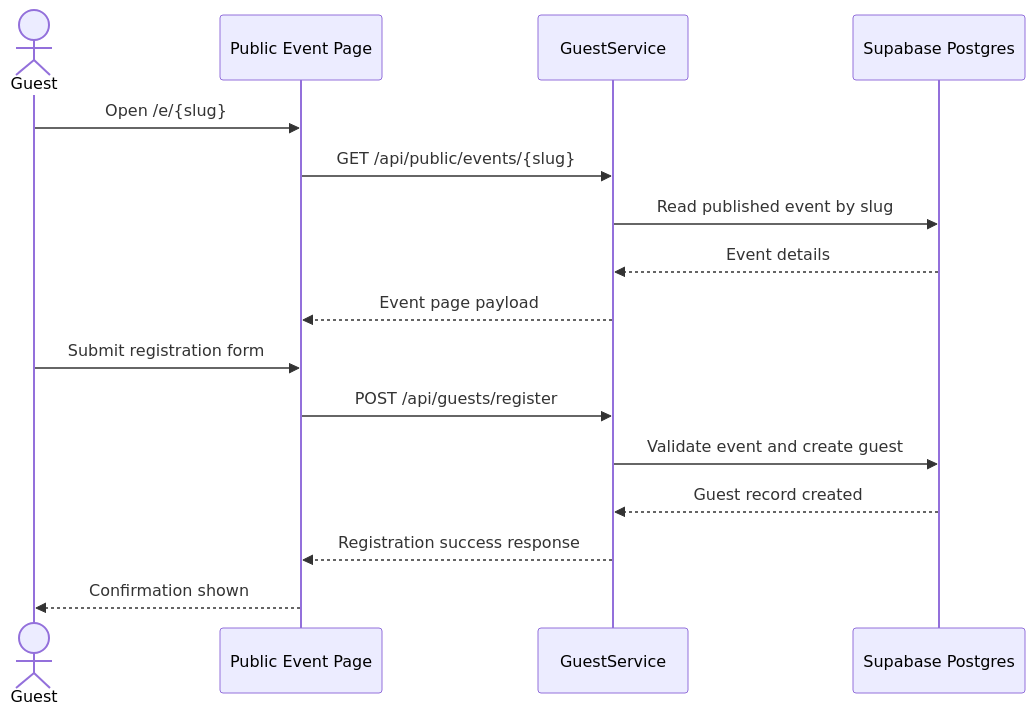
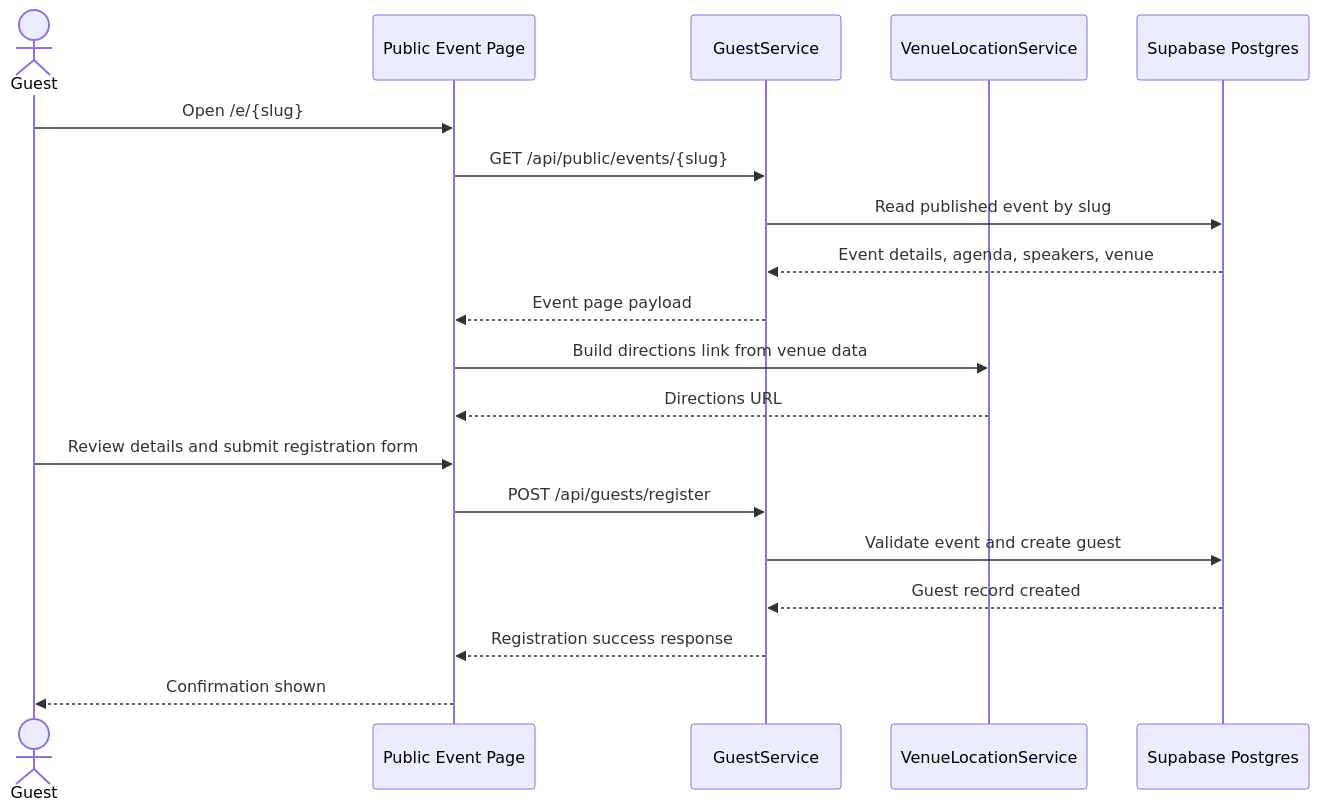
One commit to TariqRash/RiziEvents changed the sixth of 7 diagrams in docs/technical-documentation.md. Above: the diagram before and after it, drawn with Mermaid. The commit also changed other lines of this file and 5 other files, not shown here.

Commit message:
Add combined diagrams page and complete sequence coverage

````diff
--- a/docs/technical-documentation.md
+++ b/docs/technical-documentation.md
@@ -429,19 +471,22 @@
 ```mermaid
 sequenceDiagram
     actor Guest
     participant UI as Public Event Page
     participant API as GuestService
+    participant Maps as VenueLocationService
     participant DB as Supabase Postgres
 
     Guest->>UI: Open /e/{slug}
     UI->>API: GET /api/public/events/{slug}
     API->>DB: Read published event by slug
-    DB-->>API: Event details
+    DB-->>API: Event details, agenda, speakers, venue
     API-->>UI: Event page payload
-    Guest->>UI: Submit registration form
+    UI->>Maps: Build directions link from venue data
+    Maps-->>UI: Directions URL
+    Guest->>UI: Review details and submit registration form
     UI->>API: POST /api/guests/register
     API->>DB: Validate event and create guest
     DB-->>API: Guest record created
     API-->>UI: Registration success response
     UI-->>Guest: Confirmation shown
 ```
````
